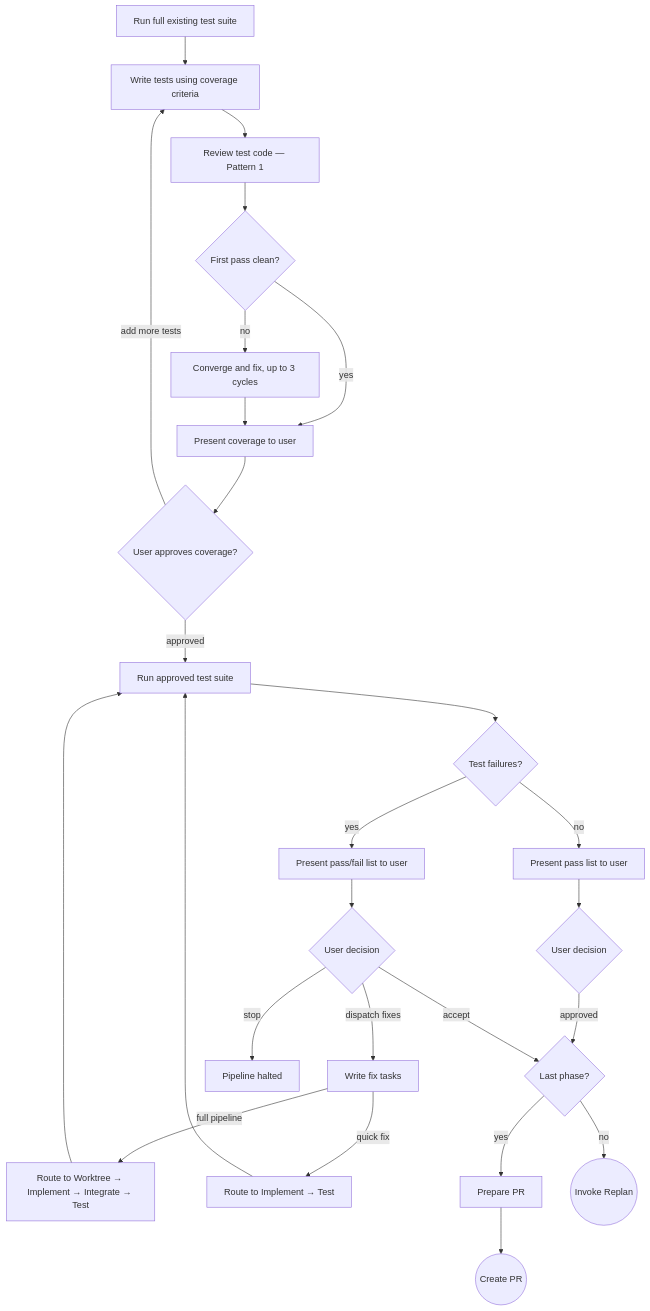
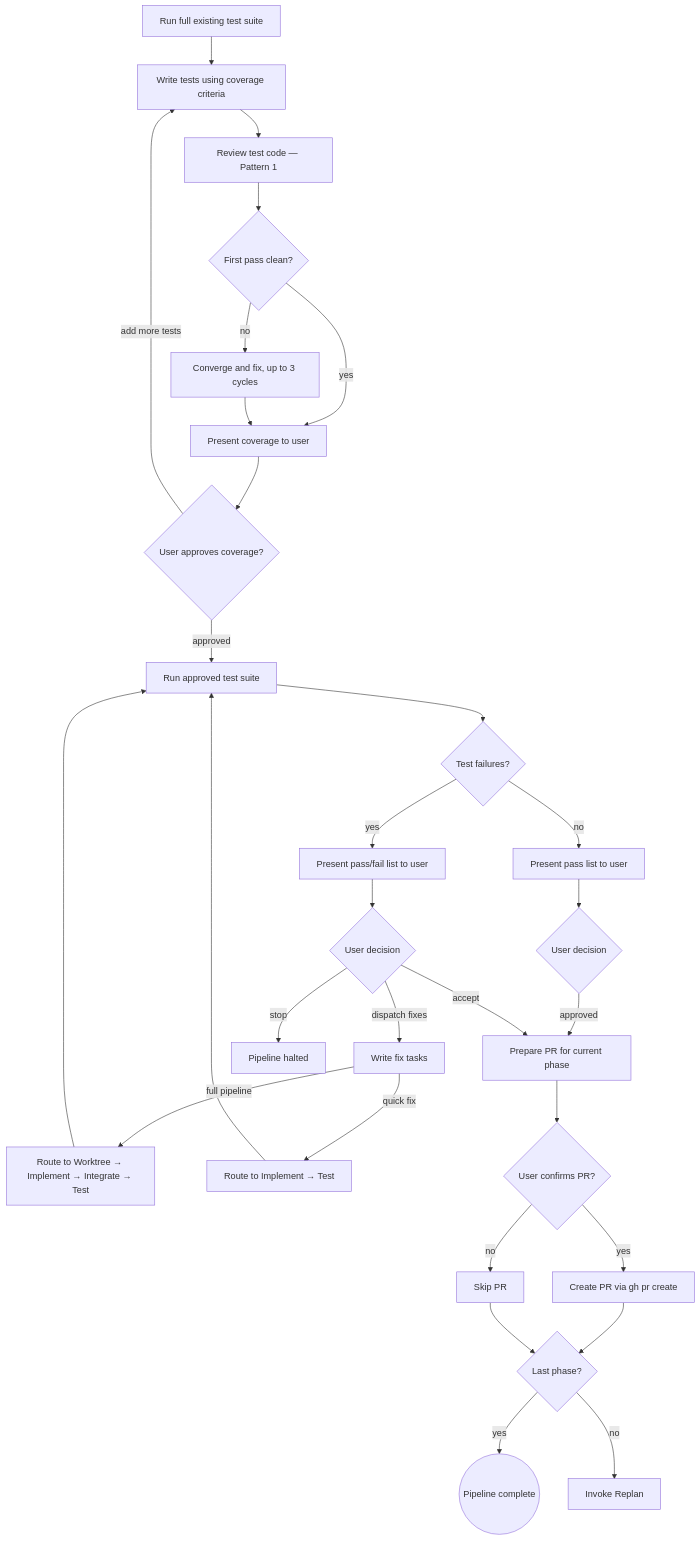
Before and after one commit to dfrysinger/qrspi-plus: the ninth of 14 diagrams in README.md, drawn with Mermaid. The commit also changed other lines of this file and 2 other files, not shown here.

Commit message:
feat: create PR after every phase, not just final

````diff
--- a/README.md
+++ b/README.md
@@ -268,29 +271,33 @@
 ```mermaid
 flowchart TD
     A[Run full existing test suite] --> B[Write tests using coverage criteria]
     B --> C[Review test code — Pattern 1]
     C --> C1{First pass clean?}
     C1 -->|yes| CV[Present coverage to user]
     C1 -->|no| C2[Converge and fix, up to 3 cycles]
     C2 --> CV
     CV --> CV2{User approves coverage?}
     CV2 -->|add more tests| B
     CV2 -->|approved| D[Run approved test suite]
     D --> E{Test failures?}
     E -->|no| G[Present pass list to user]
     E -->|yes| F[Present pass/fail list to user]
     F --> H{User decision}
     G --> G2{User decision}
     G2 -->|approved| Q
     H -->|dispatch fixes| K[Write fix tasks]
     H -->|accept| Q
     H -->|stop| L[Pipeline halted]
     K -->|full pipeline| M[Route to Worktree → Implement → Integrate → Test]
     K -->|quick fix| N[Route to Implement → Test]
     M --> D
     N --> D
-    Q{Last phase?}
-    Q -->|yes| R[Prepare PR]
-    R --> T((Create PR))
-    Q -->|no| V((Invoke Replan))
+    Q[Prepare PR for current phase]
+    Q --> R{User confirms PR?}
+    R -->|yes| S[Create PR via gh pr create]
+    R -->|no| S2[Skip PR]
+    S --> T{Last phase?}
+    S2 --> T
+    T -->|yes| U((Pipeline complete))
+    T -->|no| V[Invoke Replan]
 ```
````
